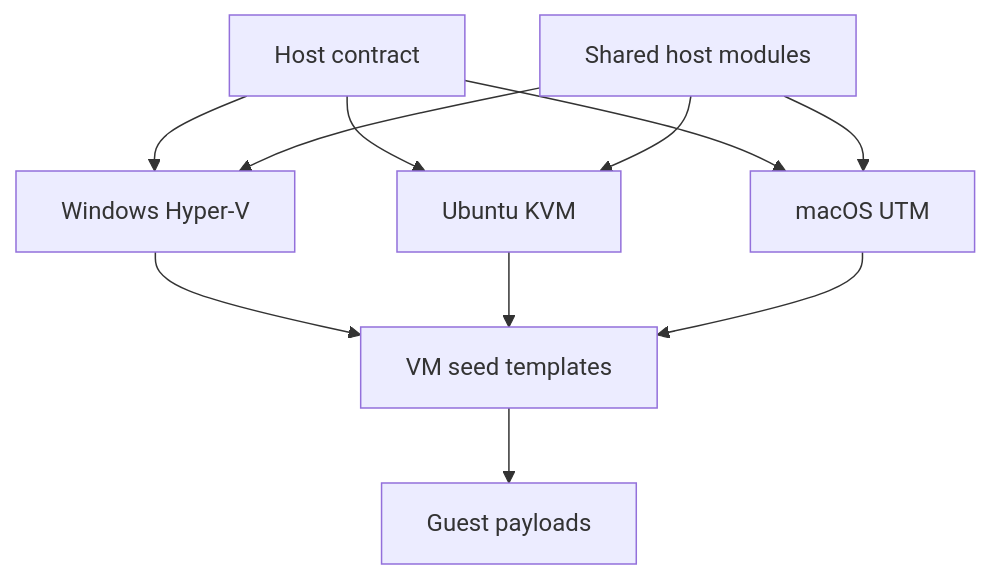
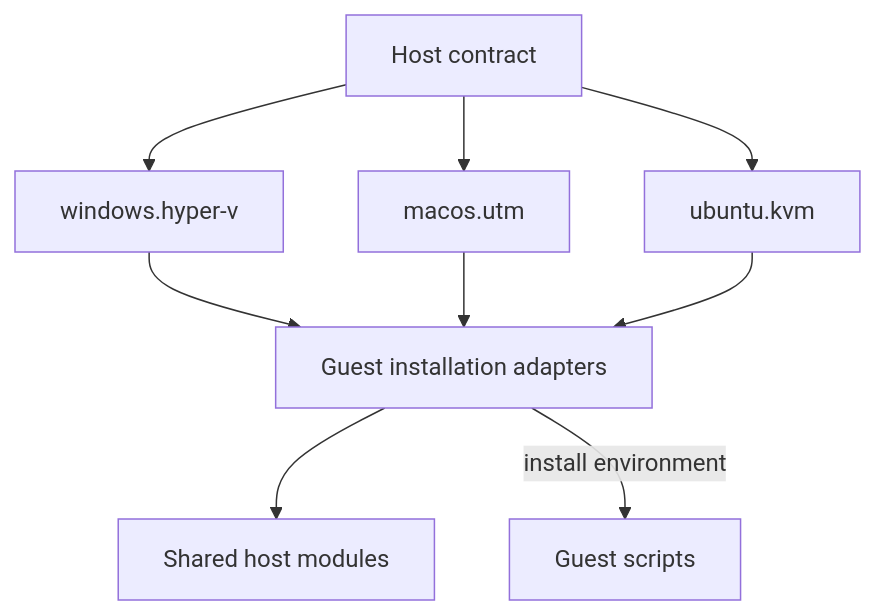
The fourth of 7 diagrams in docs/design/02-component-breakdown.md (alissonsol/yuruna), drawn with Mermaid before and after one commit. The commit also changed other lines of this file and 901 other files, not shown here.

````diff
--- a/docs/design/02-component-breakdown.md
+++ b/docs/design/02-component-breakdown.md
@@ -92,13 +113,18 @@
 ```mermaid
-flowchart TD
-  host-contract["Host contract"] --> windows-hyper-v["Windows Hyper-V"]
-  host-contract --> ubuntu-kvm["Ubuntu KVM"]
-  host-contract --> macos-utm["macOS UTM"]
-  shared-host-modules["Shared host modules"] --> windows-hyper-v
-  shared-host-modules --> ubuntu-kvm
-  shared-host-modules --> macos-utm
-  windows-hyper-v --> vm-seed-templates["VM seed templates"]
-  ubuntu-kvm --> vm-seed-templates
-  macos-utm --> vm-seed-templates
-  vm-seed-templates --> guest-payloads["Guest payloads"]
+flowchart TB
+    yuruna-host-contract["Host contract"]
+    windows-hyper-v["windows.hyper-v"]
+    macos-utm["macos.utm"]
+    ubuntu-kvm["ubuntu.kvm"]
+    host-guest["Guest installation adapters"]
+    host-modules["Shared host modules"]
+    guest["Guest scripts"]
+    yuruna-host-contract --> windows-hyper-v
+    yuruna-host-contract --> macos-utm
+    yuruna-host-contract --> ubuntu-kvm
+    windows-hyper-v --> host-guest
+    macos-utm --> host-guest
+    ubuntu-kvm --> host-guest
+    host-guest --> host-modules
+    host-guest -->|install environment| guest
 ```
````
